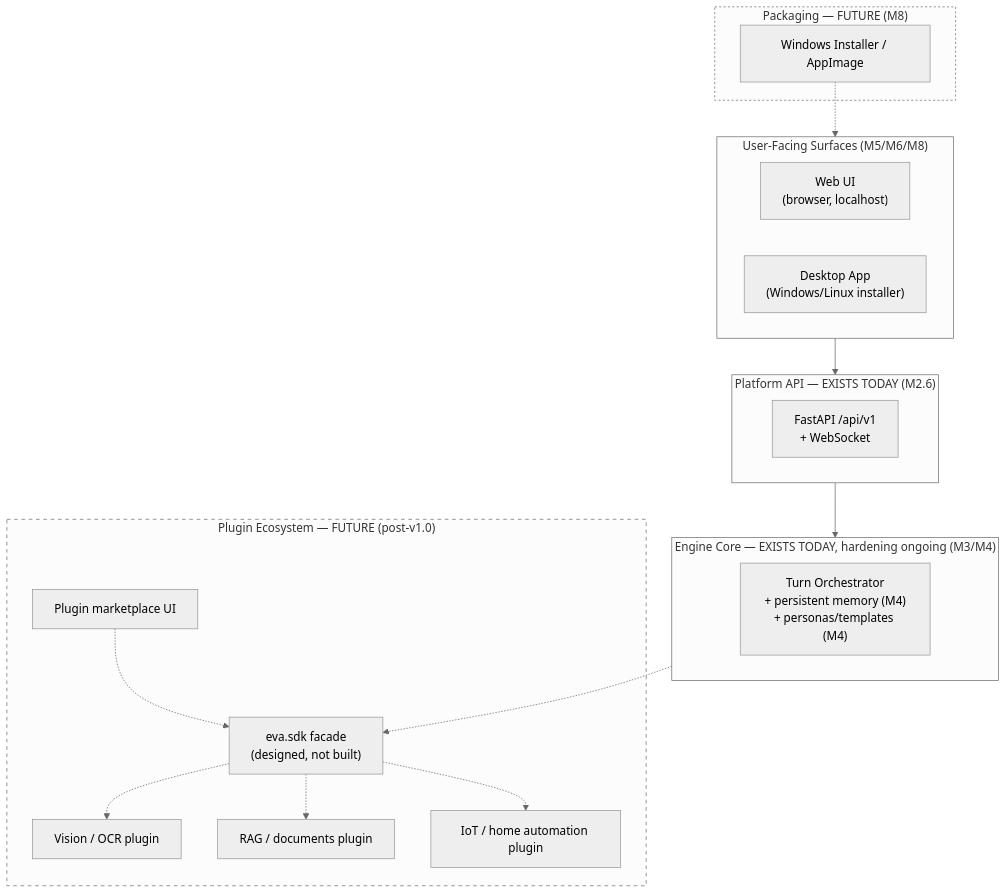
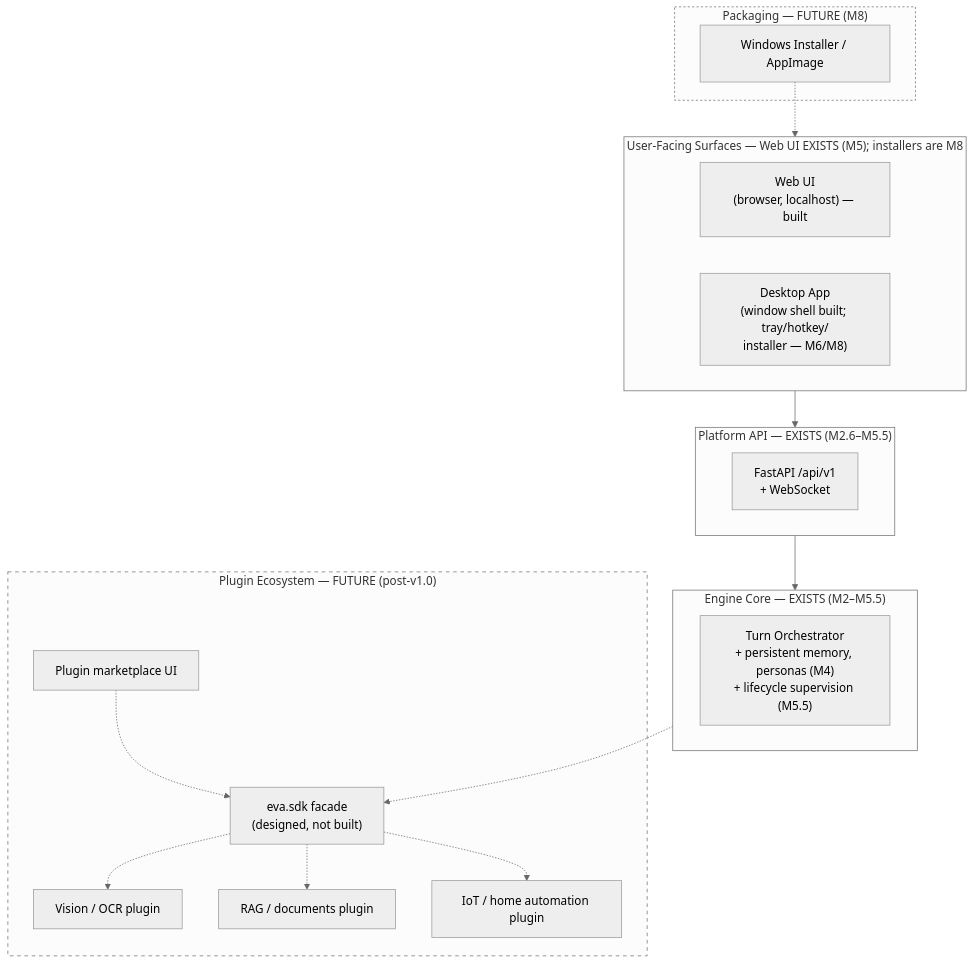
Diagram 13 of 13 in docs/ARCHITECTURE_DIAGRAMS.md (FahadiF/Edge-Voice-Assistant), drawn with Mermaid (neutral theme) before and after one commit. The commit also changed other lines of this file and 10 other files, not shown here.

````diff
--- a/docs/ARCHITECTURE_DIAGRAMS.md
+++ b/docs/ARCHITECTURE_DIAGRAMS.md
@@ -429,38 +459,38 @@
 ```mermaid
 flowchart TB
-    subgraph UserFacing["User-Facing Surfaces (M5/M6/M8)"]
-        Web["Web UI\n(browser, localhost)"]
-        Desk["Desktop App\n(Windows/Linux installer)"]
+    subgraph UserFacing["User-Facing Surfaces — Web UI EXISTS (M5); installers are M8"]
+        Web["Web UI\n(browser, localhost) — built"]
+        Desk["Desktop App\n(window shell built; tray/hotkey/\ninstaller — M6/M8)"]
     end
 
-    subgraph PlatformAPI["Platform API — EXISTS TODAY (M2.6)"]
+    subgraph PlatformAPI["Platform API — EXISTS (M2.6–M5.5)"]
         API["FastAPI /api/v1\n+ WebSocket"]
     end
 
-    subgraph EngineCore["Engine Core — EXISTS TODAY, hardening ongoing (M3/M4)"]
-        Orch["Turn Orchestrator\n+ persistent memory (M4)\n+ personas/templates (M4)"]
+    subgraph EngineCore["Engine Core — EXISTS (M2–M5.5)"]
+        Orch["Turn Orchestrator\n+ persistent memory, personas (M4)\n+ lifecycle supervision (M5.5)"]
     end
 
     subgraph PluginEcosystem["Plugin Ecosystem — FUTURE (post-v1.0)"]
         SDK["eva.sdk facade\n(designed, not built)"]
         Vision["Vision / OCR plugin"]
         RAG["RAG / documents plugin"]
         IoT["IoT / home automation plugin"]
         Marketplace["Plugin marketplace UI"]
     end
 
     subgraph Packaging["Packaging — FUTURE (M8)"]
         Installer["Windows Installer / AppImage"]
     end
 
     UserFacing --> PlatformAPI --> EngineCore
     EngineCore -.-> SDK
     SDK -.-> Vision
     SDK -.-> RAG
     SDK -.-> IoT
     Marketplace -.-> SDK
     Installer -.-> UserFacing
 
     style PluginEcosystem stroke-dasharray: 5 5
     style Packaging stroke-dasharray: 3 3
 ```
````
